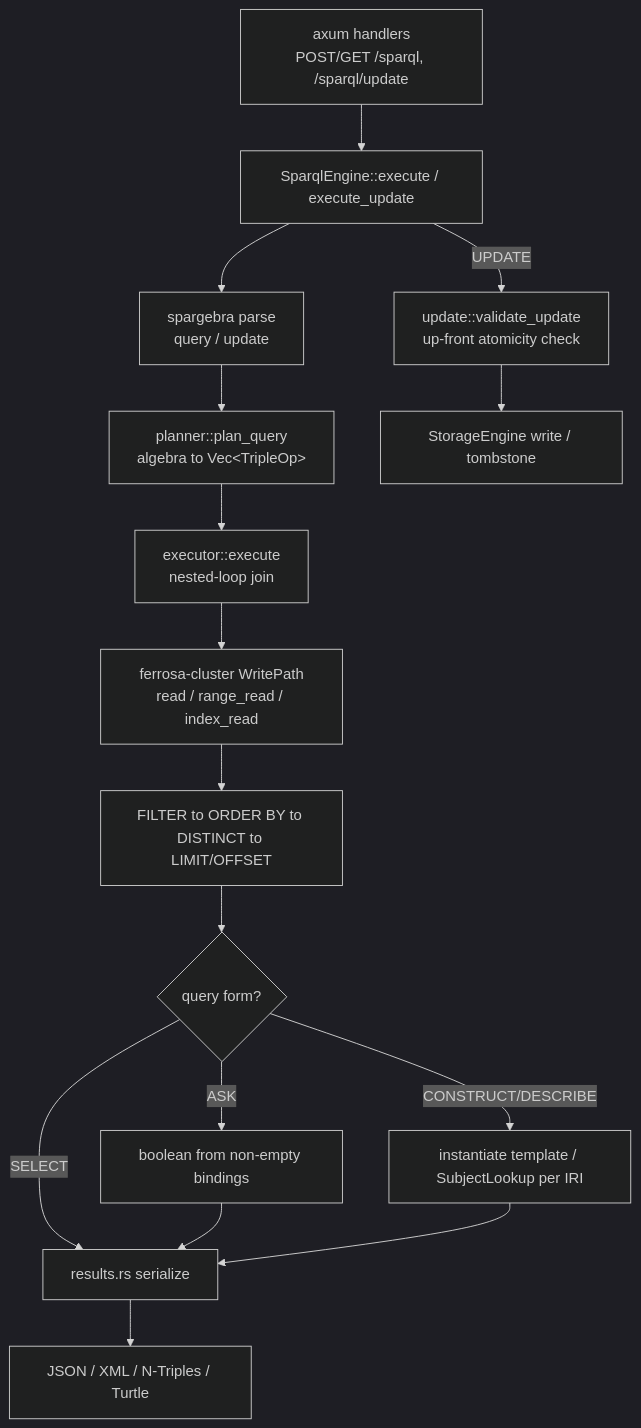
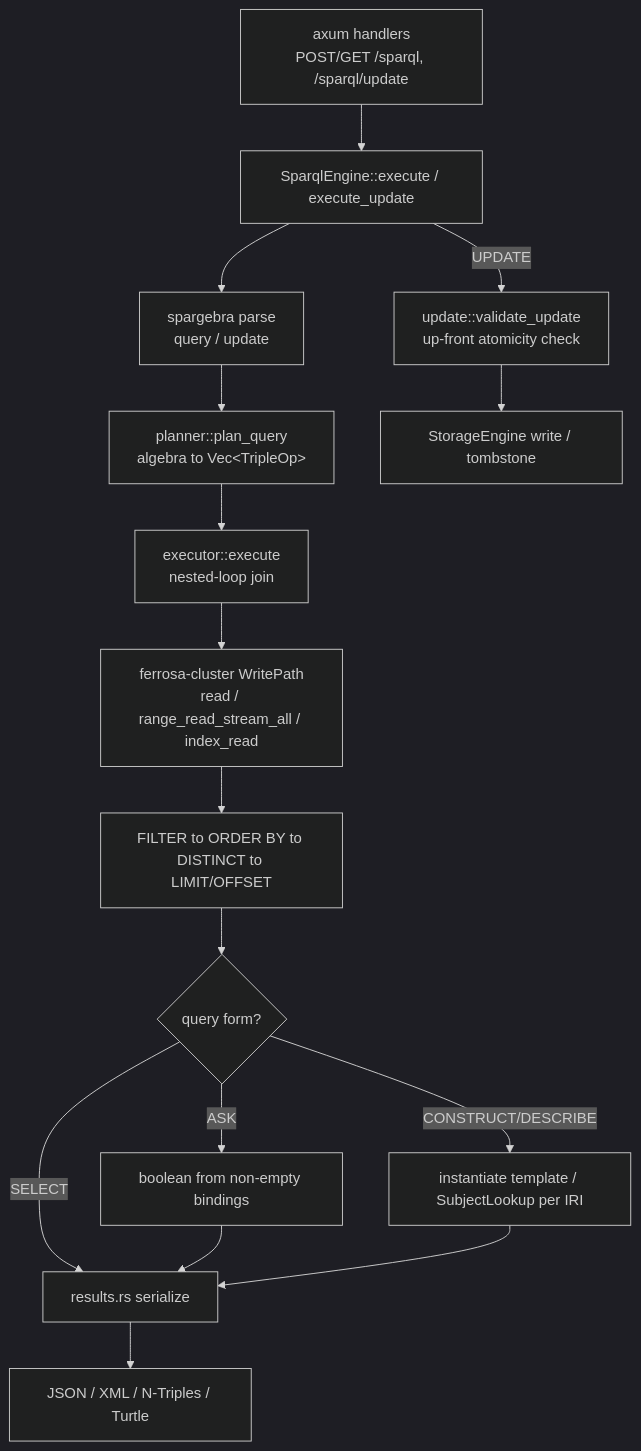
Before and after one commit to ferrosadb/ferrosa: the diagram in ferrosa-sparql/specs/overview.md, drawn with Mermaid (dark theme). The commit also changed other lines of this file and 12 other files, not shown here.

````diff
--- a/ferrosa-sparql/specs/overview.md
+++ b/ferrosa-sparql/specs/overview.md
@@ -56,18 +56,18 @@
 ```mermaid
 flowchart TD
     HTTP["axum handlers<br/>POST/GET /sparql, /sparql/update"] --> ENG["SparqlEngine::execute / execute_update"]
     ENG --> PARSE["spargebra parse<br/>query / update"]
     PARSE --> PLAN["planner::plan_query<br/>algebra to Vec&lt;TripleOp&gt;"]
     PLAN --> EXEC["executor::execute<br/>nested-loop join"]
-    EXEC --> WP["ferrosa-cluster WritePath<br/>read / range_read / index_read"]
+    EXEC --> WP["ferrosa-cluster WritePath<br/>read / range_read_stream_all / index_read"]
     WP --> POST["FILTER to ORDER BY to DISTINCT to LIMIT/OFFSET"]
     POST --> SHAPE{"query form?"}
     SHAPE -->|SELECT| SER["results.rs serialize"]
     SHAPE -->|ASK| BOOL["boolean from non-empty bindings"]
     SHAPE -->|CONSTRUCT/DESCRIBE| GRAPH["instantiate template / SubjectLookup per IRI"]
     BOOL --> SER
     GRAPH --> SER
     SER --> RESP["JSON / XML / N-Triples / Turtle"]
     ENG -->|UPDATE| UVAL["update::validate_update<br/>up-front atomicity check"]
     UVAL --> UWRITE["StorageEngine write / tombstone"]
 ```
````
